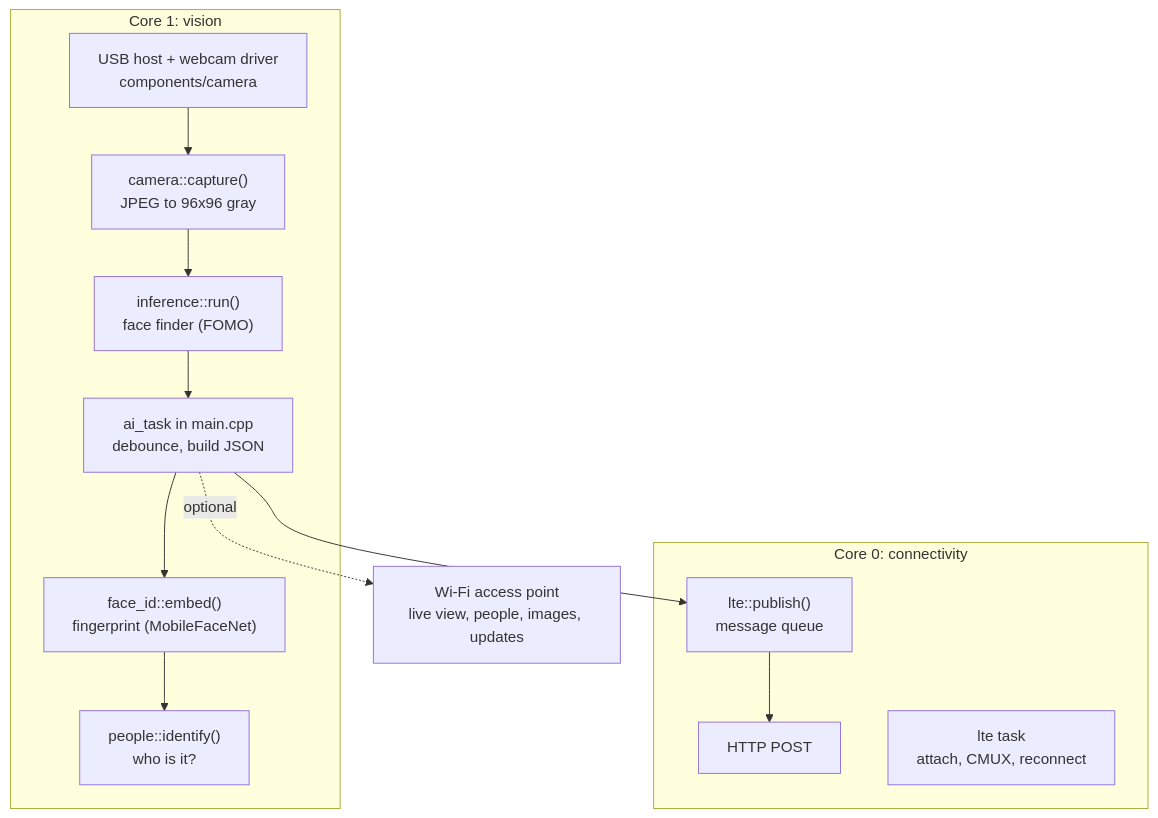
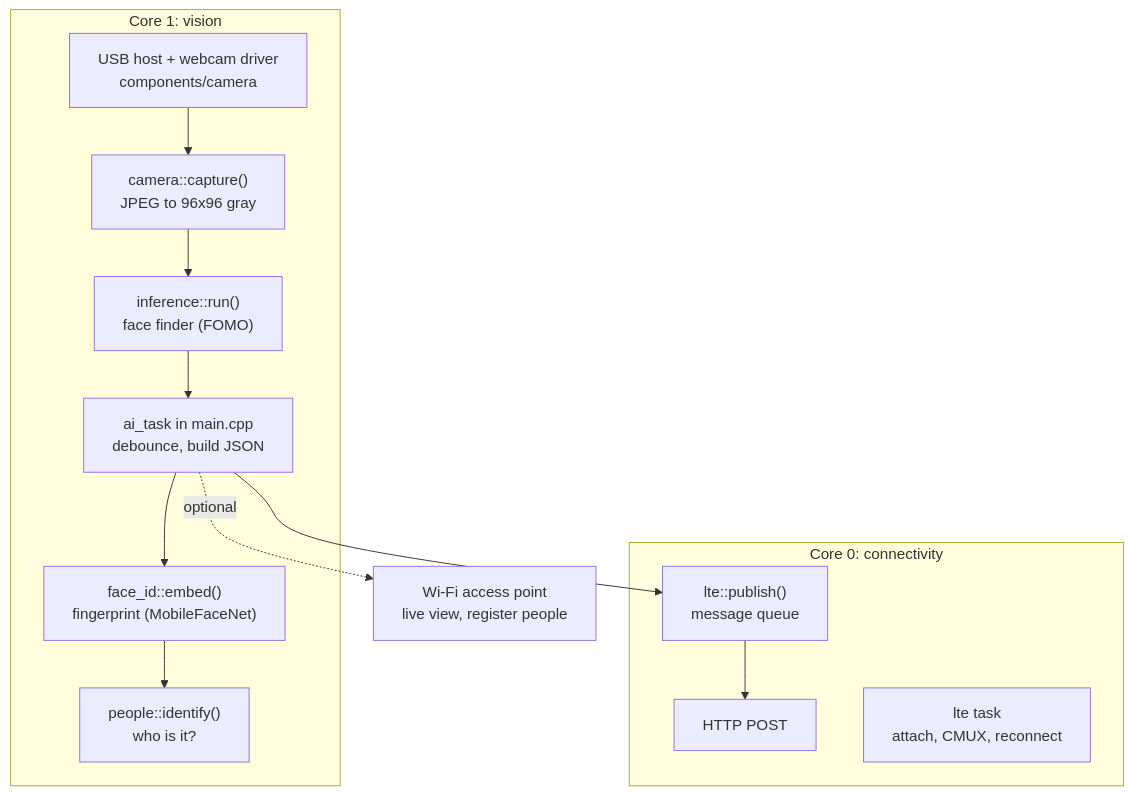
One commit to mferuscomelo/f1-facial-recognition changed the diagram in docs/how-it-works.md. Above: the diagram before and after it, drawn with Mermaid. The commit also changed other lines of this file and 1421 other files, not shown here.

````diff
--- a/docs/how-it-works.md
+++ b/docs/how-it-works.md
@@ -5,16 +5,16 @@
 ```mermaid
 flowchart TB
     subgraph core1 ["Core 1: vision"]
         usb["USB host + webcam driver<br/>components/camera"] --> cap["camera::capture()<br/>JPEG to 96x96 gray"]
         cap --> run["inference::run()<br/>face finder (FOMO)"]
         run --> app["ai_task in main.cpp<br/>debounce, build JSON"]
         app --> fid["face_id::embed()<br/>fingerprint (MobileFaceNet)"]
         fid --> ppl["people::identify()<br/>who is it?"]
     end
     subgraph core0 ["Core 0: connectivity"]
         q["lte::publish()<br/>message queue"] --> http["HTTP POST"]
         sup["lte task<br/>attach, CMUX, reconnect"]
     end
     app --> q
-    app -.->|optional| web["Wi-Fi access point<br/>live view, people, images, updates"]
+    app -.->|optional| web["Wi-Fi access point<br/>live view, register people"]
 ```
````
